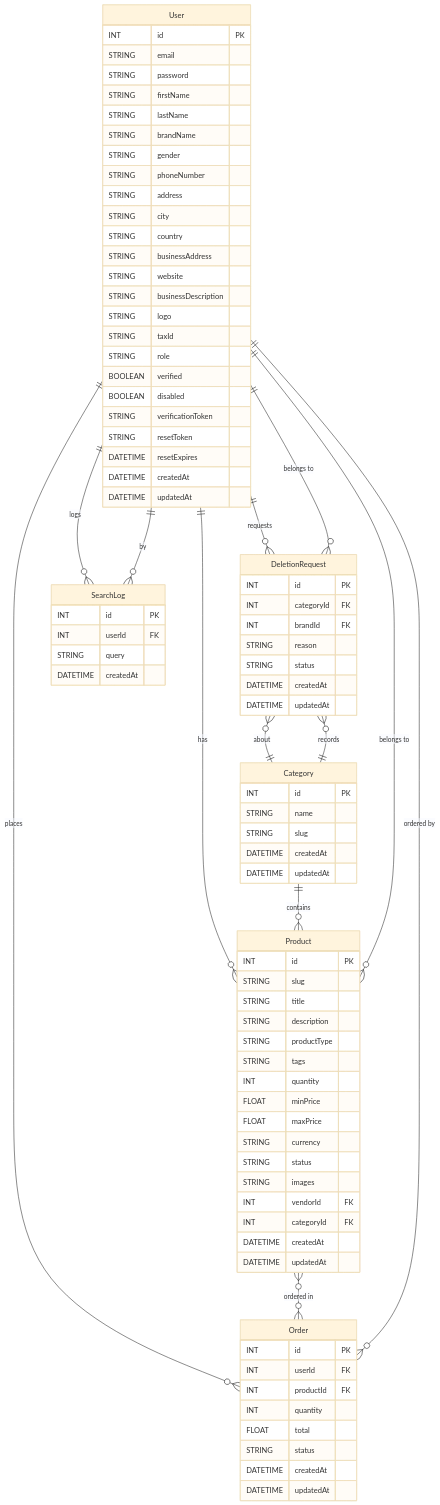
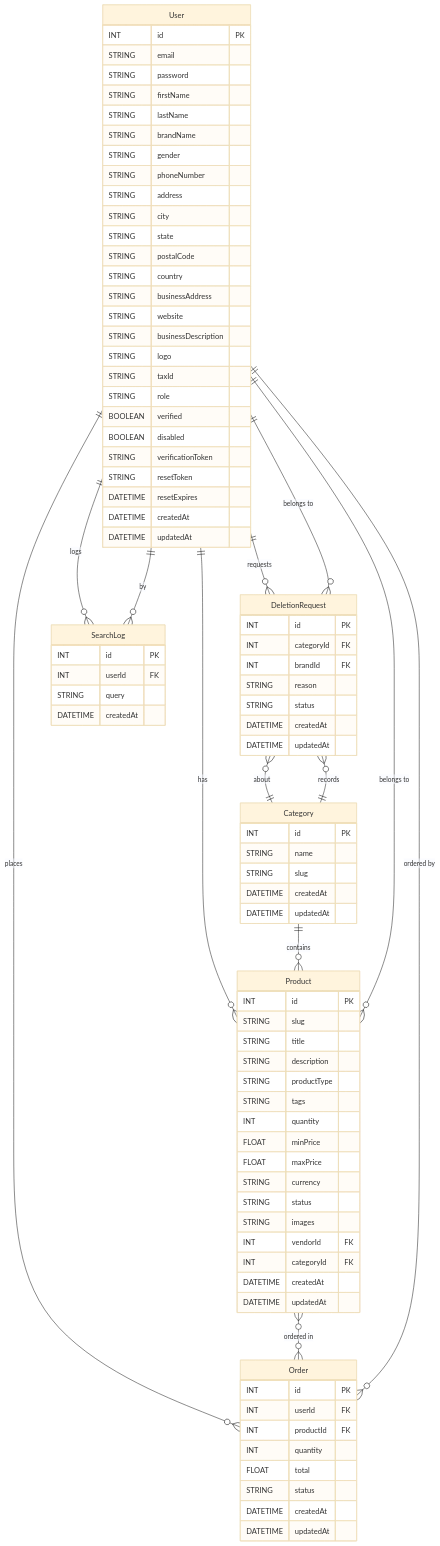
Before and after one commit to junaidaziz/ecommerce-search: the diagram in docs/ERD.md, drawn with Mermaid (base theme). The commit also changed 10 other files, not shown here.

```diff
--- a/docs/ERD.md
+++ b/docs/ERD.md
@@ -13,6 +13,8 @@
       STRING phoneNumber
       STRING address
       STRING city
+      STRING state
+      STRING postalCode
       STRING country
       STRING businessAddress
       STRING website
```
